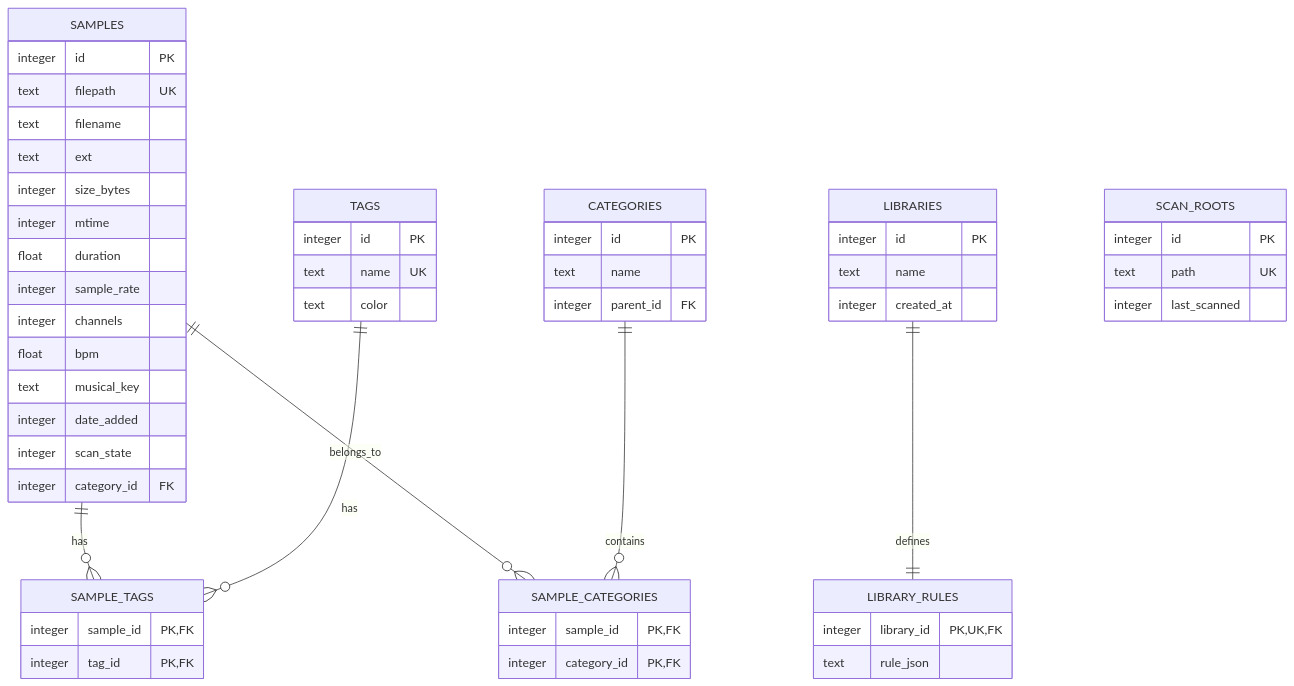
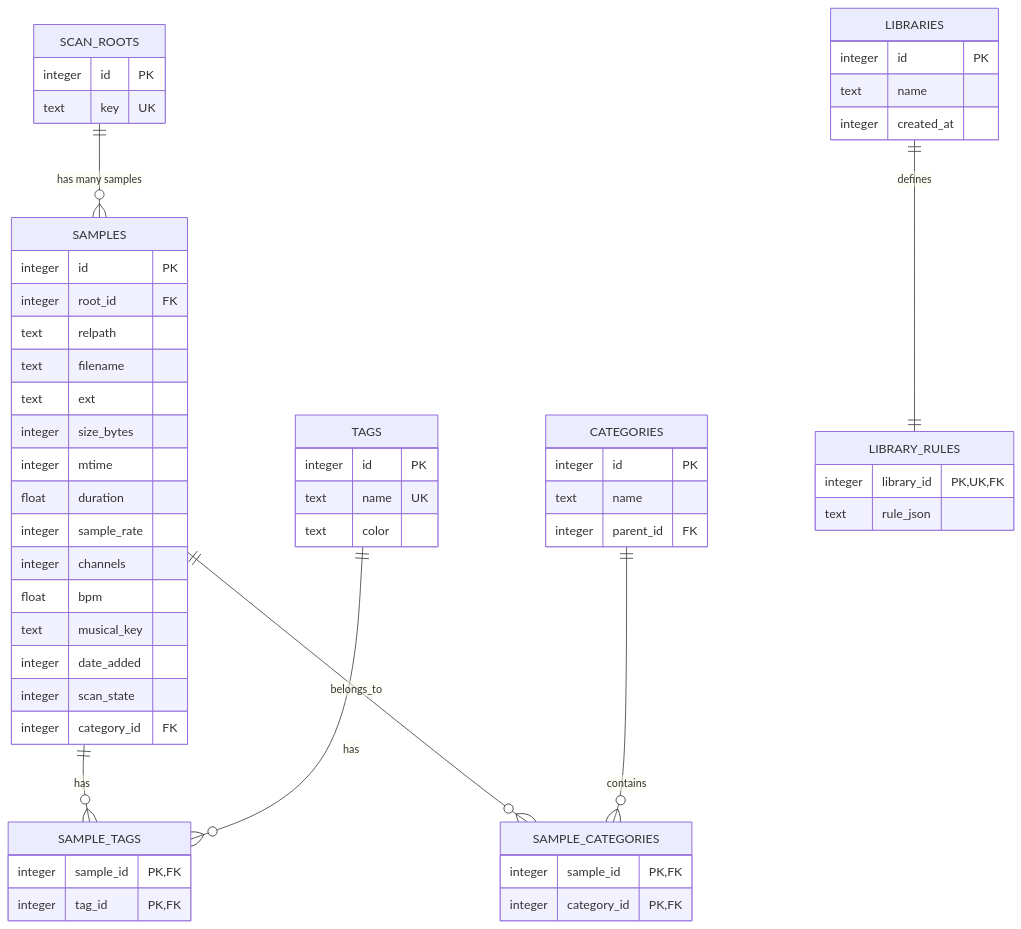
The third of 4 diagrams in .qoder/repowiki/en/content/Data Management/Data Management.md (satyrlord/mixjam-electron), drawn with Mermaid before and after one commit. The commit also changed other lines of this file and 51 other files, not shown here.

````diff
--- a/.qoder/repowiki/en/content/Data Management/Data Management.md
+++ b/.qoder/repowiki/en/content/Data Management/Data Management.md
@@ -185,56 +150,57 @@
 ```mermaid
 erDiagram
 SAMPLES {
 integer id PK
-text filepath UK
+integer root_id FK
+text relpath
 text filename
 text ext
 integer size_bytes
 integer mtime
 float duration
 integer sample_rate
 integer channels
 float bpm
 text musical_key
 integer date_added
 integer scan_state
 integer category_id FK
+}
+SCAN_ROOTS {
+integer id PK
+text key UK
 }
 TAGS {
 integer id PK
 text name UK
 text color
 }
 SAMPLE_TAGS {
 integer sample_id PK,FK
 integer tag_id PK,FK
 }
 CATEGORIES {
 integer id PK
 text name
 integer parent_id FK
 }
 SAMPLE_CATEGORIES {
 integer sample_id PK,FK
 integer category_id PK,FK
 }
 LIBRARIES {
 integer id PK
 text name
 integer created_at
 }
 LIBRARY_RULES {
 integer library_id PK,UK,FK
 text rule_json
 }
-SCAN_ROOTS {
-integer id PK
-text path UK
-integer last_scanned
-}
+SCAN_ROOTS ||--o{ SAMPLES : "has many samples"
 SAMPLES ||--o{ SAMPLE_TAGS : "has"
 TAGS ||--o{ SAMPLE_TAGS : "has"
 SAMPLES ||--o{ SAMPLE_CATEGORIES : "belongs_to"
 CATEGORIES ||--o{ SAMPLE_CATEGORIES : "contains"
 LIBRARIES ||--|| LIBRARY_RULES : "defines"
 ```
````
